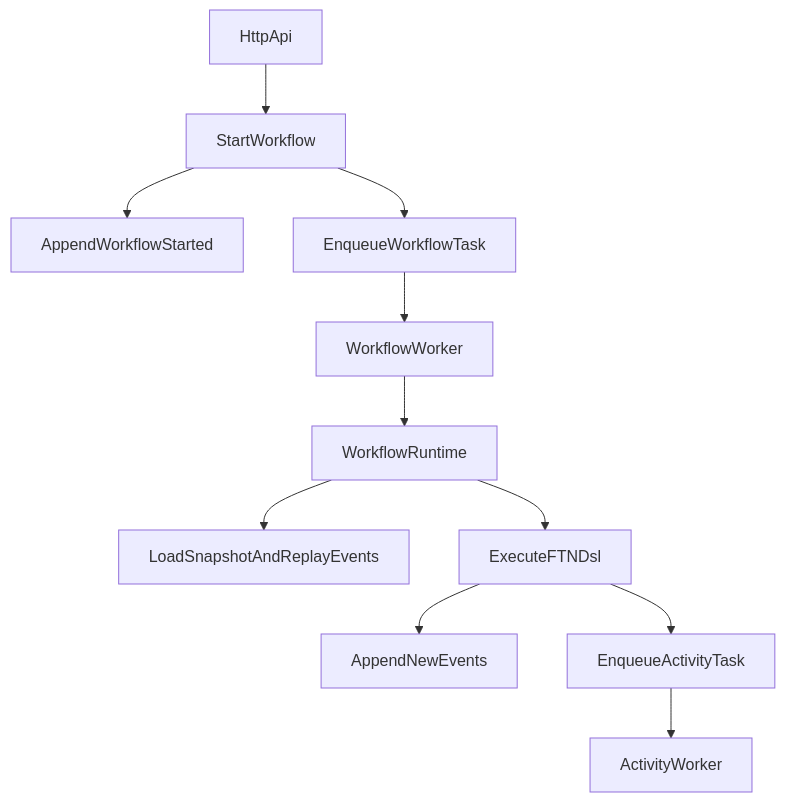
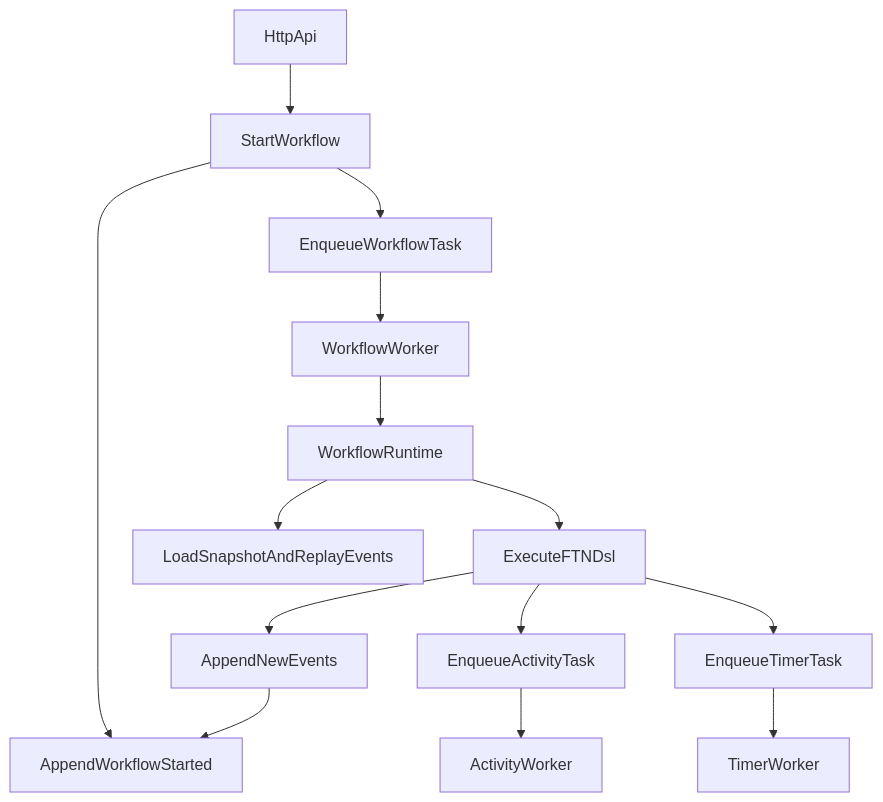
Before and after one commit to FcoTebar93/FTN: the diagram in README.md, drawn with Mermaid. The commit also changed other lines of this file, not shown here.

````diff
--- a/README.md
+++ b/README.md
@@ -233,13 +105,16 @@
 ```mermaid
 flowchart TD
   Api[HttpApi] --> Start[StartWorkflow]
   Start --> EventStore[AppendWorkflowStarted]
   Start --> Queue[EnqueueWorkflowTask]
   Queue --> WfWorker[WorkflowWorker]
   WfWorker --> Runtime[WorkflowRuntime]
   Runtime --> Replay[LoadSnapshotAndReplayEvents]
   Runtime --> Dsl[ExecuteFTNDsl]
   Dsl --> NewEvents[AppendNewEvents]
+  NewEvents --> EventStore
   Dsl --> ActQueue[EnqueueActivityTask]
   ActQueue --> ActWorker[ActivityWorker]
+  Dsl --> TimerQueue[EnqueueTimerTask]
+  TimerQueue --> TimerWorker[TimerWorker]
 ```
````
